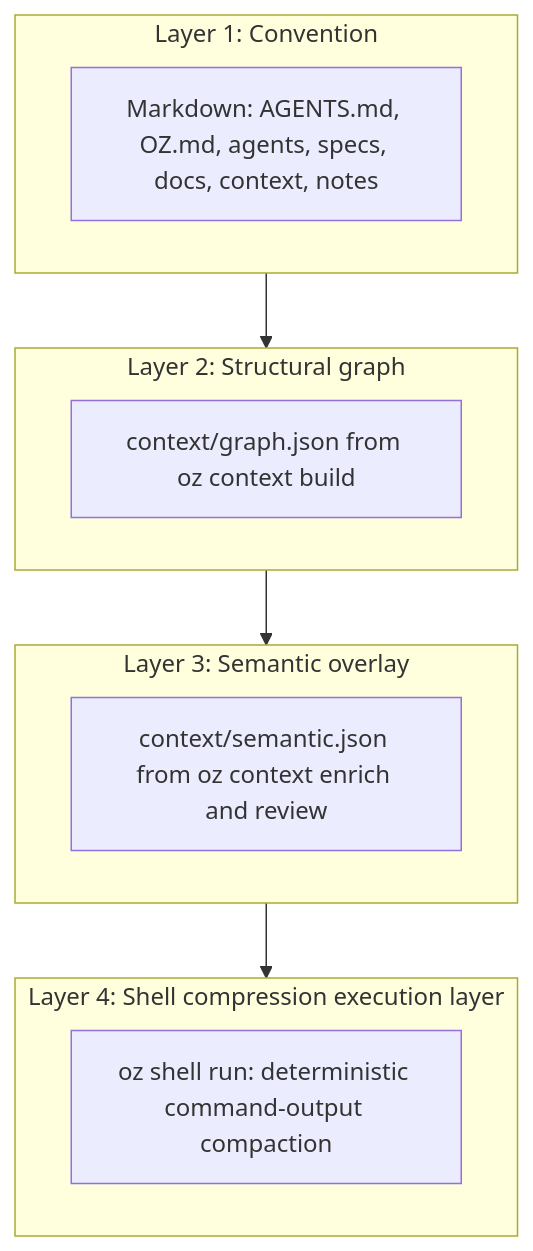
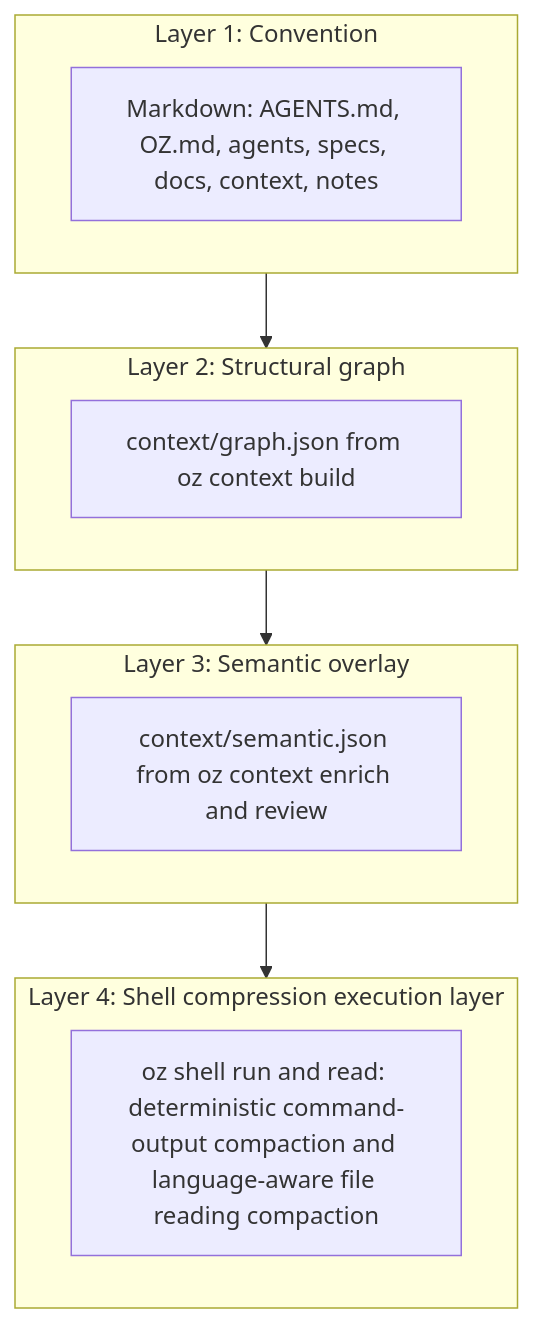
Before and after one commit to joaoajmatos/oz: the first of 8 diagrams in docs/architecture.md, drawn with Mermaid. The commit also changed other lines of this file and 124 other files, not shown here.

First line of the commit message:
Add `oz shell read` command for reading files and stdin with language-aware filtering

````diff
--- a/docs/architecture.md
+++ b/docs/architecture.md
@@ -18,18 +18,18 @@
 ```mermaid
 flowchart TB
   subgraph layerConv ["Layer 1: Convention"]
     conv["Markdown: AGENTS.md, OZ.md, agents, specs, docs, context, notes"]
   end
   subgraph layerGraph ["Layer 2: Structural graph"]
     graphJson["context/graph.json from oz context build"]
   end
   subgraph layerSem ["Layer 3: Semantic overlay"]
     sem["context/semantic.json from oz context enrich and review"]
   end
   subgraph layerExec ["Layer 4: Shell compression execution layer"]
-    shell["oz shell run: deterministic command-output compaction"]
+    shell["oz shell run and read: deterministic command-output compaction and language-aware file reading compaction"]
   end
   layerConv --> layerGraph
   layerGraph --> layerSem
   layerSem --> layerExec
 ```
````
